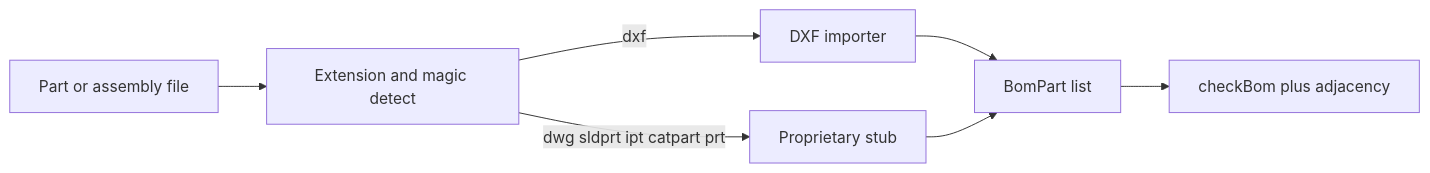
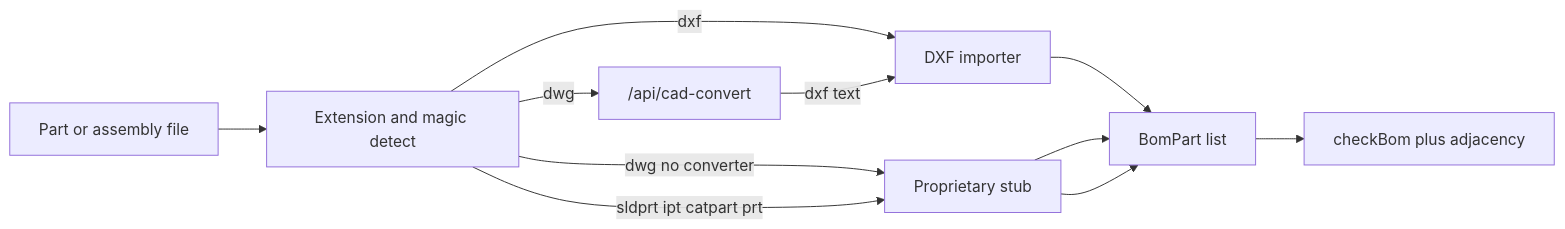
One commit to Miles-Magyar/NASA-space-apps changed the diagram in docs/CAD_NATIVE_PARTS_PLAN.md. Above: the diagram before and after it, drawn with Mermaid. The commit also changed other lines of this file and 14 other files, not shown here.

First line of the commit message:
Phase 1: DWG→DXF conversion worker + fixture round-trip (#3)

````diff
--- a/docs/CAD_NATIVE_PARTS_PLAN.md
+++ b/docs/CAD_NATIVE_PARTS_PLAN.md
@@ -24,13 +24,16 @@
 ```mermaid
 flowchart LR
   file[Part or assembly file]
   detect[Extension and magic detect]
   dxf[DXF importer]
+  convert["/api/cad-convert"]
   prop[Proprietary stub]
   bom[BomPart list]
   check[checkBom plus adjacency]
   file --> detect
   detect -->|dxf| dxf --> bom
-  detect -->|dwg sldprt ipt catpart prt| prop --> bom
+  detect -->|dwg| convert -->|dxf text| dxf
+  detect -->|dwg no converter| prop --> bom
+  detect -->|sldprt ipt catpart prt| prop --> bom
   bom --> check
 ```
````
